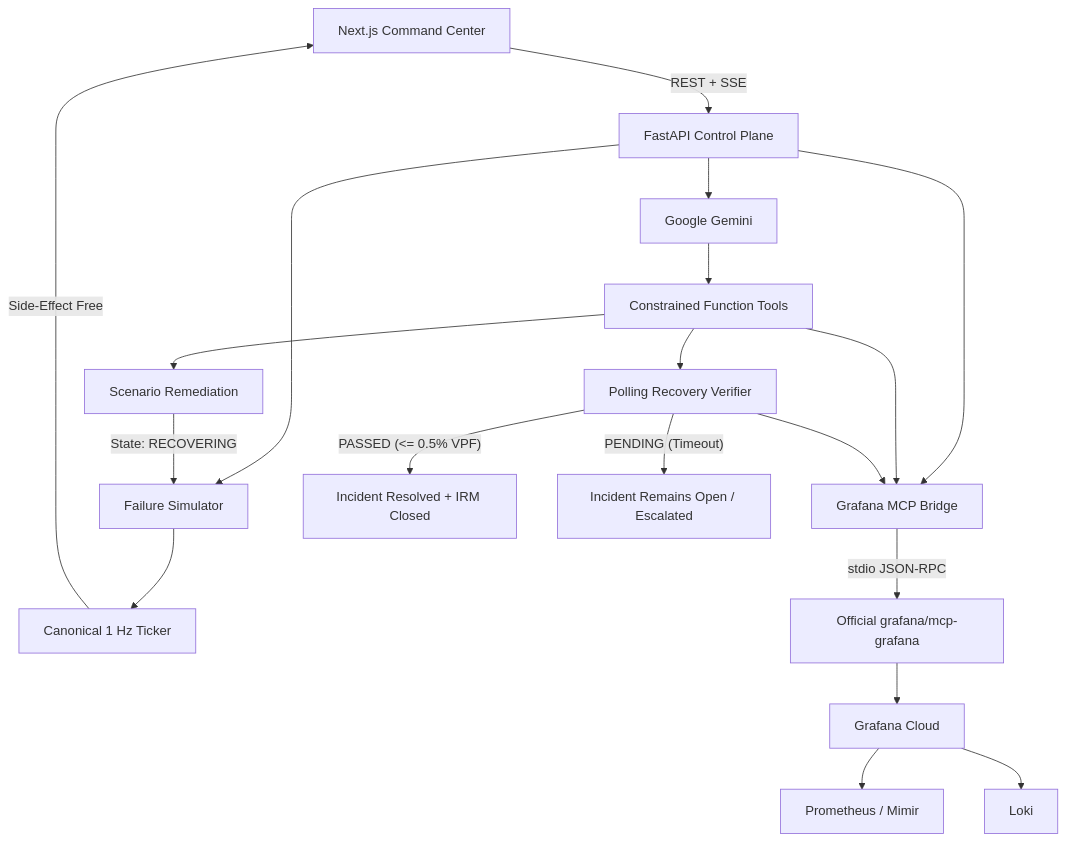
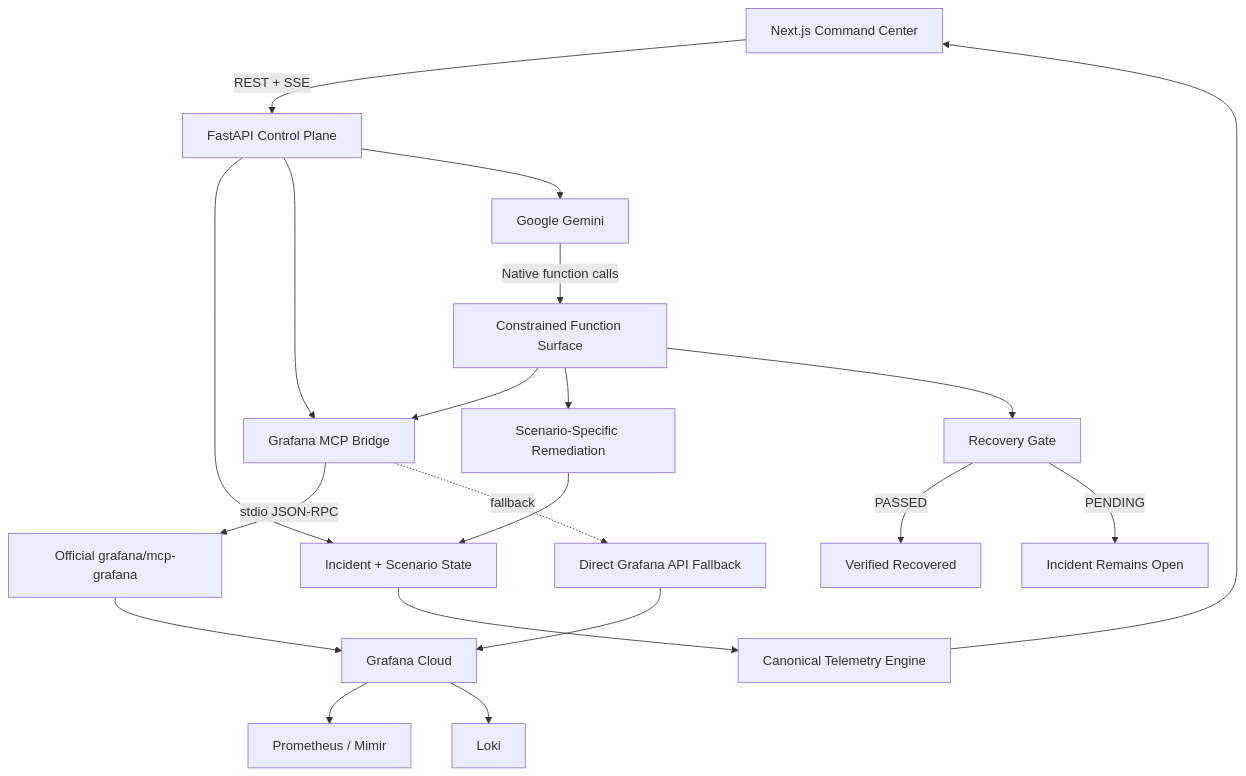
The diagram in README.md (bobybarack/continuity-sre), drawn with Mermaid before and after one commit. The commit also changed other lines of this file, not shown here.

Commit message:
docs(readme): update project overview and architecture specification

````diff
--- a/README.md
+++ b/README.md
@@ -90,38 +78,37 @@
 ```mermaid
 flowchart TD
     UI["Next.js Command Center"]
     API["FastAPI Control Plane"]
-    CHAOS["Failure Simulator"]
-    TICKER["Canonical 1 Hz Ticker"]
-    GEMINI["Google Gemini"]
-    TOOLS["Constrained Function Tools"]
+    STATE["Incident + Scenario State"]
+    TELEMETRY["Canonical Telemetry Engine"]
     BRIDGE["Grafana MCP Bridge"]
     MCP["Official grafana/mcp-grafana"]
+    REST["Direct Grafana API Fallback"]
     GRAFANA["Grafana Cloud"]
     PROM["Prometheus / Mimir"]
     LOKI["Loki"]
-    ACTION["Scenario Remediation"]
-    VERIFY["Polling Recovery Verifier"]
+    GEMINI["Google Gemini"]
+    TOOLS["Constrained Function Surface"]
+    ACTION["Scenario-Specific Remediation"]
+    VERIFY["Recovery Gate"]
 
     UI -->|"REST + SSE"| API
-    API --> CHAOS
-    CHAOS --> TICKER
-    TICKER -->|"Side-Effect Free"| UI
-
+    API --> STATE
+    STATE --> TELEMETRY
+    TELEMETRY --> UI
     API --> BRIDGE
     BRIDGE -->|"stdio JSON-RPC"| MCP
     MCP --> GRAFANA
+    BRIDGE -. "fallback" .-> REST
+    REST --> GRAFANA
     GRAFANA --> PROM
     GRAFANA --> LOKI
-
     API --> GEMINI
-    GEMINI --> TOOLS
+    GEMINI -->|"Native function calls"| TOOLS
     TOOLS --> BRIDGE
     TOOLS --> ACTION
     TOOLS --> VERIFY
-
-    ACTION -->|"State: RECOVERING"| CHAOS
-    VERIFY --> BRIDGE
-    VERIFY -->|"PASSED (<= 0.5% VPF)"| RESOLVED["Incident Resolved + IRM Closed"]
-    VERIFY -->|"PENDING (Timeout)"| ESCALATED["Incident Remains Open / Escalated"]
+    ACTION --> STATE
+    VERIFY -->|"PASSED"| RECOVERED["Verified Recovered"]
+    VERIFY -->|"PENDING"| OPEN["Incident Remains Open"]
 ```
````
